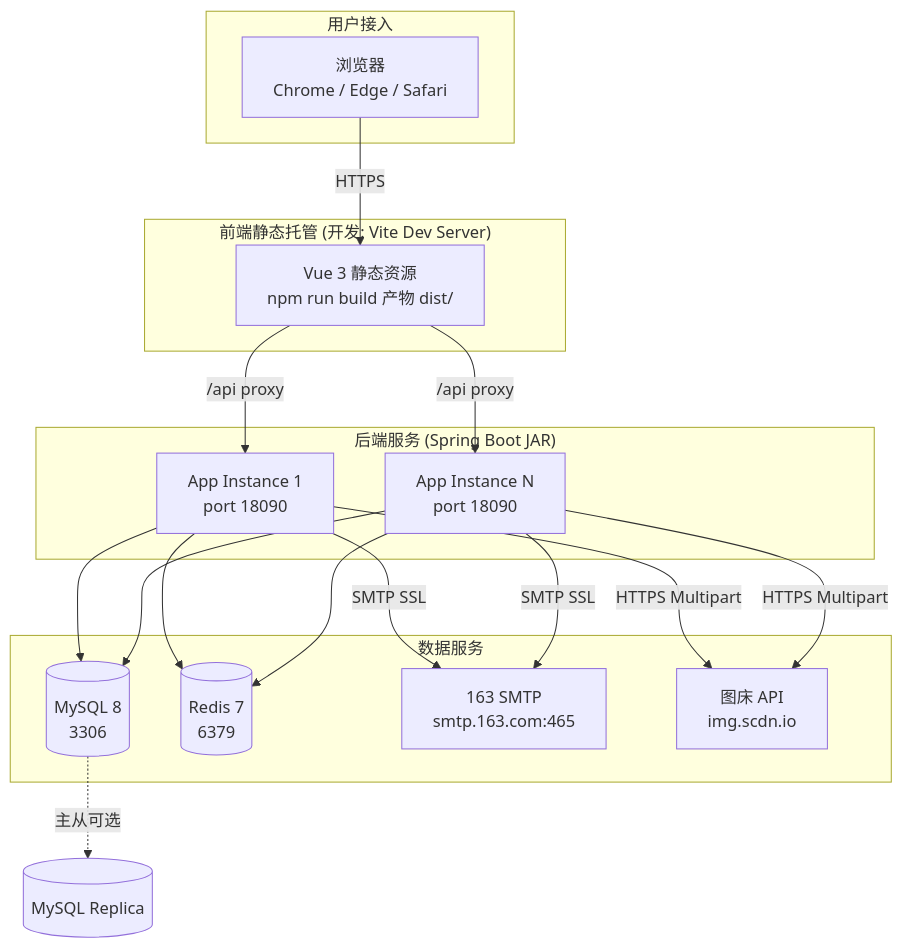
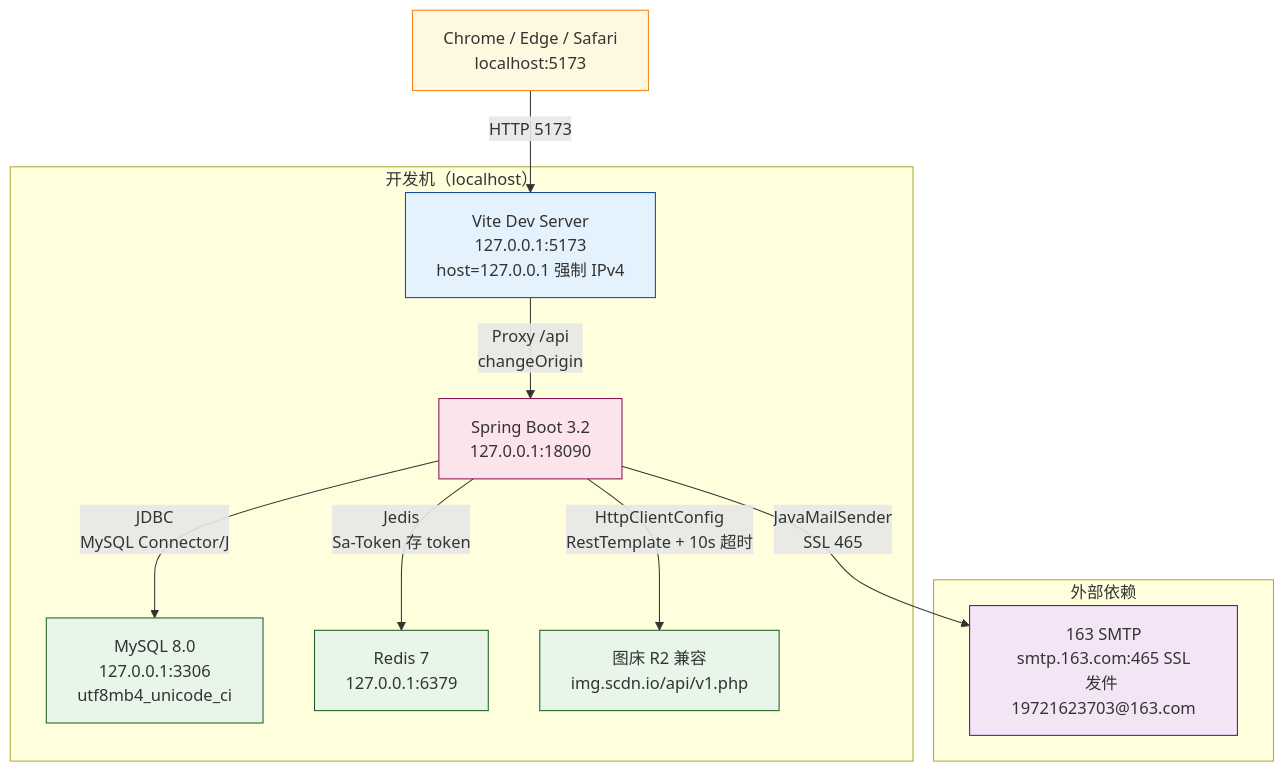
Before and after one commit to zwj-3193655211/campus-LostandFound: the seventh of 29 diagrams in docs/项目图表.md, drawn with Mermaid. The commit also changed other lines of this file and 51 other files, not shown here.

````diff
--- a/docs/项目图表.md
+++ b/docs/项目图表.md
@@ -319,36 +461,35 @@
 ```mermaid
 graph TB
-    subgraph User["用户接入"]
-        BROWSER[浏览器<br/>Chrome / Edge / Safari]
+    Browser[Chrome / Edge / Safari<br/>localhost:5173]
+
+    subgraph DevHost["开发机（localhost）"]
+        ViteDev[Vite Dev Server<br/>127.0.0.1:5173<br/>host=127.0.0.1 强制 IPv4]
+        SpringBoot[Spring Boot 3.2<br/>127.0.0.1:18090]
+        MySQLProc[MySQL 8.0<br/>127.0.0.1:3306<br/>utf8mb4_unicode_ci]
+        RedisProc[Redis 7<br/>127.0.0.1:6379]
+        ImageBed[图床 R2 兼容<br/>img.scdn.io/api/v1.php]
     end
 
-    subgraph FrontendHost["前端静态托管 (开发: Vite Dev Server)"]
-        FE[Vue 3 静态资源<br/>npm run build 产物 dist/]
+    subgraph External["外部依赖"]
+        SMTP[163 SMTP<br/>smtp.163.com:465 SSL<br/>发件 19721623703@163.com]
     end
 
-    subgraph BackendHost["后端服务 (Spring Boot JAR)"]
-        APP1[App Instance 1<br/>port 18090]
-        APP2[App Instance N<br/>port 18090]
-    end
+    Browser -->|HTTP 5173| ViteDev
+    ViteDev -->|Proxy /api<br/>changeOrigin| SpringBoot
+    SpringBoot -->|JDBC<br/>MySQL Connector/J| MySQLProc
+    SpringBoot -->|Jedis<br/>Sa-Token 存 token| RedisProc
+    SpringBoot -->|HttpClientConfig<br/>RestTemplate + 10s 超时| ImageBed
+    SpringBoot -->|JavaMailSender<br/>SSL 465| SMTP
 
-    subgraph DataServices["数据服务"]
-        MYSQL[(MySQL 8<br/>3306)]
-        REDIS[(Redis 7<br/>6379)]
-        MAILSMTP[163 SMTP<br/>smtp.163.com:465]
-        IMGAPI[图床 API<br/>img.scdn.io]
-    end
+    classDef browserCls fill:#fff8e1,stroke:#f57f17
+    classDef feCls fill:#e3f2fd,stroke:#0d47a1
+    classDef beCls fill:#fce4ec,stroke:#880e4f
+    classDef dataCls fill:#e8f5e9,stroke:#1b5e20
+    classDef extCls fill:#f3e5f5,stroke:#4a148c
 
-    BROWSER -->|HTTPS| FE
-    FE -->|/api proxy| APP1
-    FE -->|/api proxy| APP2
-    APP1 --> MYSQL
-    APP2 --> MYSQL
-    APP1 --> REDIS
-    APP2 --> REDIS
-    APP1 -->|SMTP SSL| MAILSMTP
-    APP1 -->|HTTPS Multipart| IMGAPI
-    APP2 -->|SMTP SSL| MAILSMTP
-    APP2 -->|HTTPS Multipart| IMGAPI
-
-    MYSQL -.->|主从可选| MYSQL_REPLICA[(MySQL Replica)]
+    class Browser browserCls
+    class ViteDev feCls
+    class SpringBoot beCls
+    class MySQLProc,RedisProc,ImageBed dataCls
+    class SMTP extCls
 ```
````
